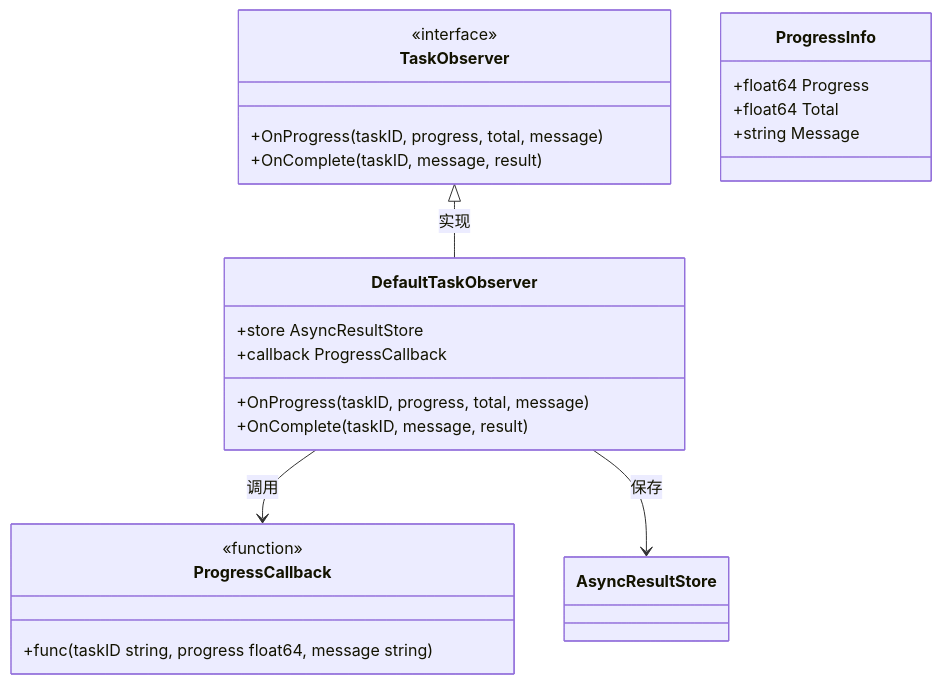
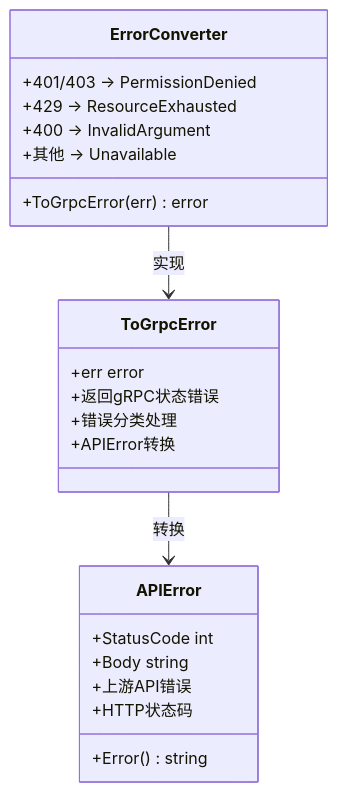
The eighth of 12 diagrams in .qoder/repowiki/zh/content/核心服务详解/AI聊天服务.md (maomao94/zero-service), drawn with Mermaid before and after one commit. The commit also changed other lines of this file and 48 other files, not shown here.

````diff
--- a/.qoder/repowiki/zh/content/核心服务详解/AI聊天服务.md
+++ b/.qoder/repowiki/zh/content/核心服务详解/AI聊天服务.md
@@ -710,26 +846,25 @@
 ```mermaid
 classDiagram
-class TaskObserver {
-<<interface>>
-+OnProgress(taskID, progress, total, message)
-+OnComplete(taskID, message, result)
+class ToGrpcError {
++err error
++返回gRPC状态错误
++错误分类处理
++APIError转换
 }
-class DefaultTaskObserver {
-+store AsyncResultStore
-+callback ProgressCallback
-+OnProgress(taskID, progress, total, message)
-+OnComplete(taskID, message, result)
+class APIError {
++StatusCode int
++Body string
++Error() string
++上游API错误
++HTTP状态码
 }
-class ProgressCallback {
-<<function>>
-+func(taskID string, progress float64, message string)
+class ErrorConverter {
++ToGrpcError(err) error
++401/403 → PermissionDenied
++429 → ResourceExhausted
++400 → InvalidArgument
++其他 → Unavailable
 }
-class ProgressInfo {
-+float64 Progress
-+float64 Total
-+string Message
-}
-TaskObserver <|-- DefaultTaskObserver : 实现
-DefaultTaskObserver --> ProgressCallback : 调用
-DefaultTaskObserver --> AsyncResultStore : 保存
+ToGrpcError --> APIError : 转换
+ErrorConverter --> ToGrpcError : 实现
 ```
````
